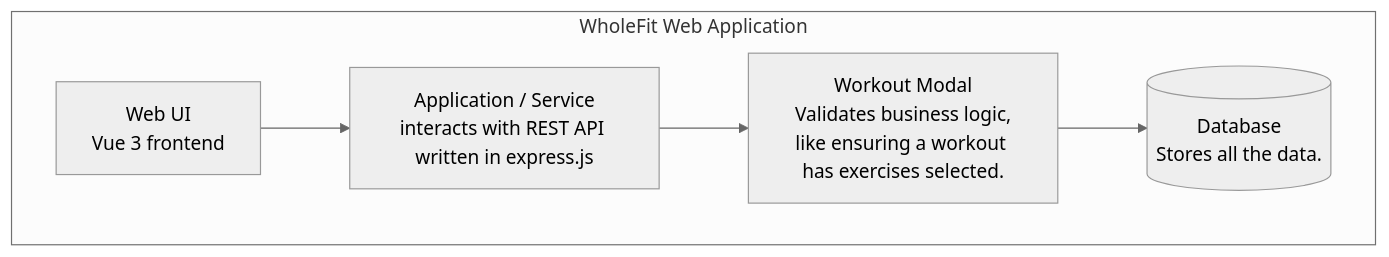
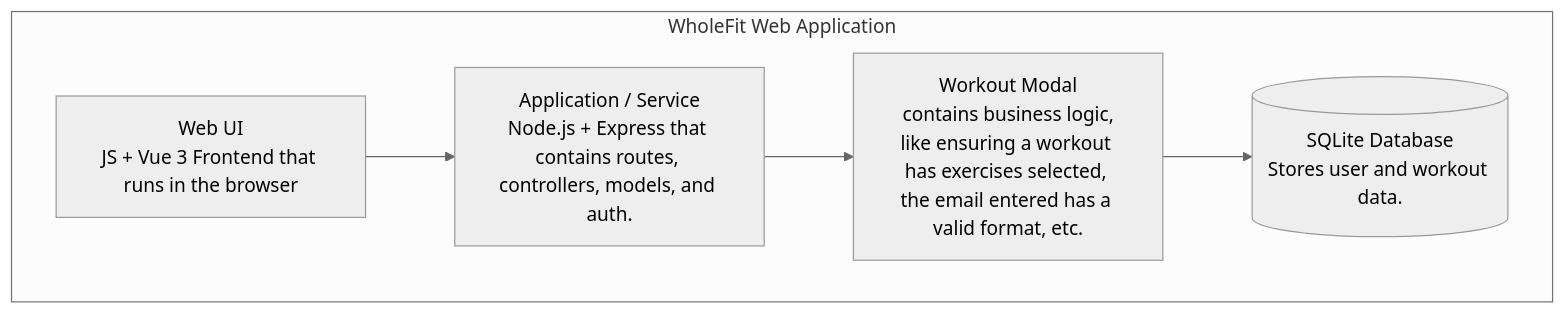
Before and after one commit to GoldLion72/cen5064-project-lusbel: the second of 4 diagrams in README.md, drawn with Mermaid (neutral theme). The commit also changed other lines of this file, not shown here.

Commit message:
Update README.md: modified diagrams

````diff
--- a/README.md
+++ b/README.md
@@ -73,9 +72,8 @@
 ```mermaid
-%% Container view: your containers should match the tier table above.
 flowchart TB
     subgraph WholeFit [WholeFit Web Application]
-        ui[Web UI<br/>Vue 3 frontend] --> api[Application / Service<br/>interacts with REST API written in express.js]
-        api --> domain[Workout Modal<br/> Validates business logic, like ensuring a workout has exercises selected.]
-        domain --> db[(Database<br/>Stores all the data.)]
+        ui[Web UI<br/>JS + Vue 3 Frontend that runs in the browser] --> api[Application / Service<br/>Node.js + Express that contains routes, controllers, models, and auth. ]
+        api --> domain[Workout Modal<br/> contains business logic, like ensuring a workout has exercises selected, the email entered has a valid format, etc.]
+        domain --> db[(SQLite Database<br/>Stores user and workout data.)]
     end
 ```
````
